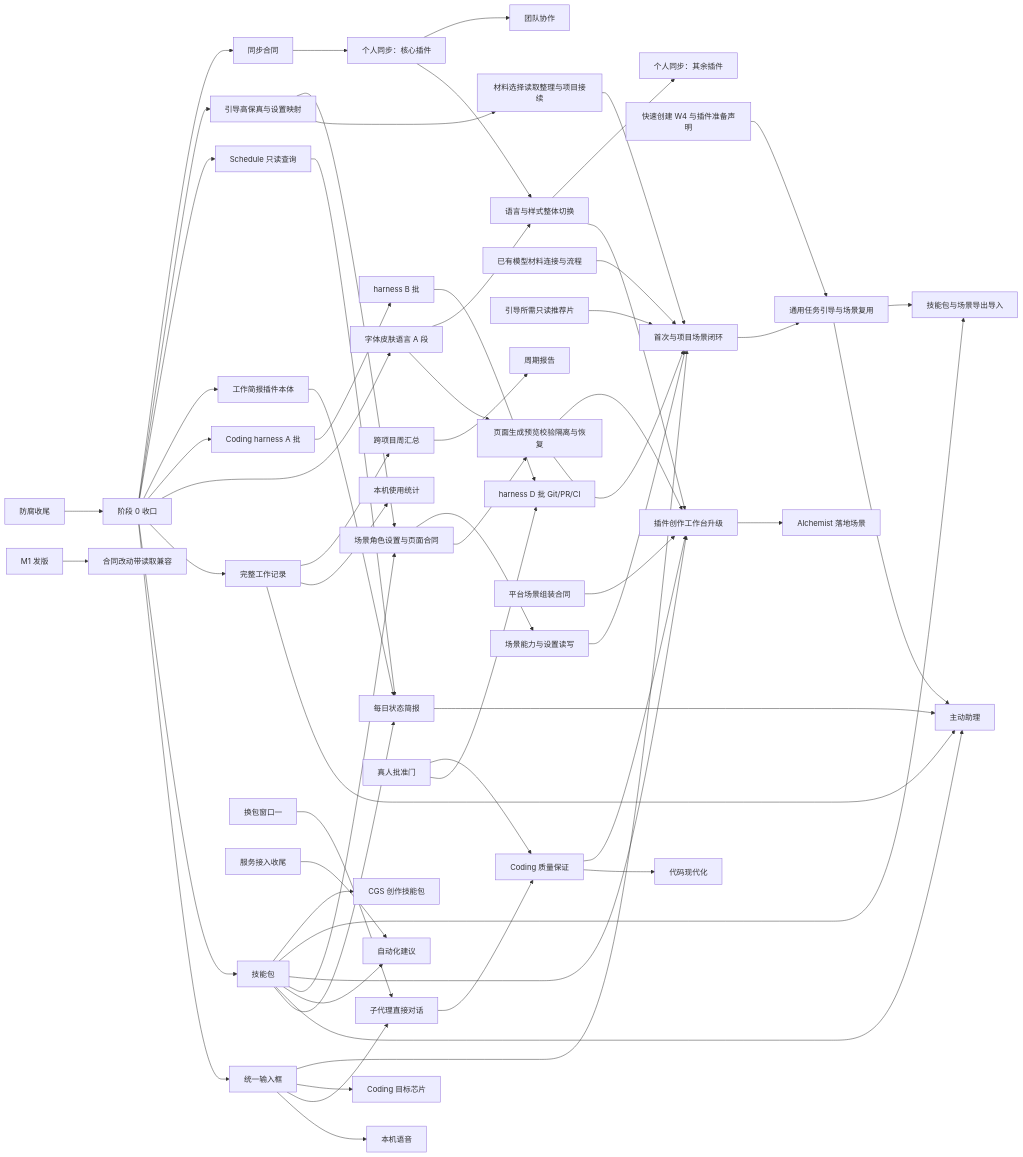
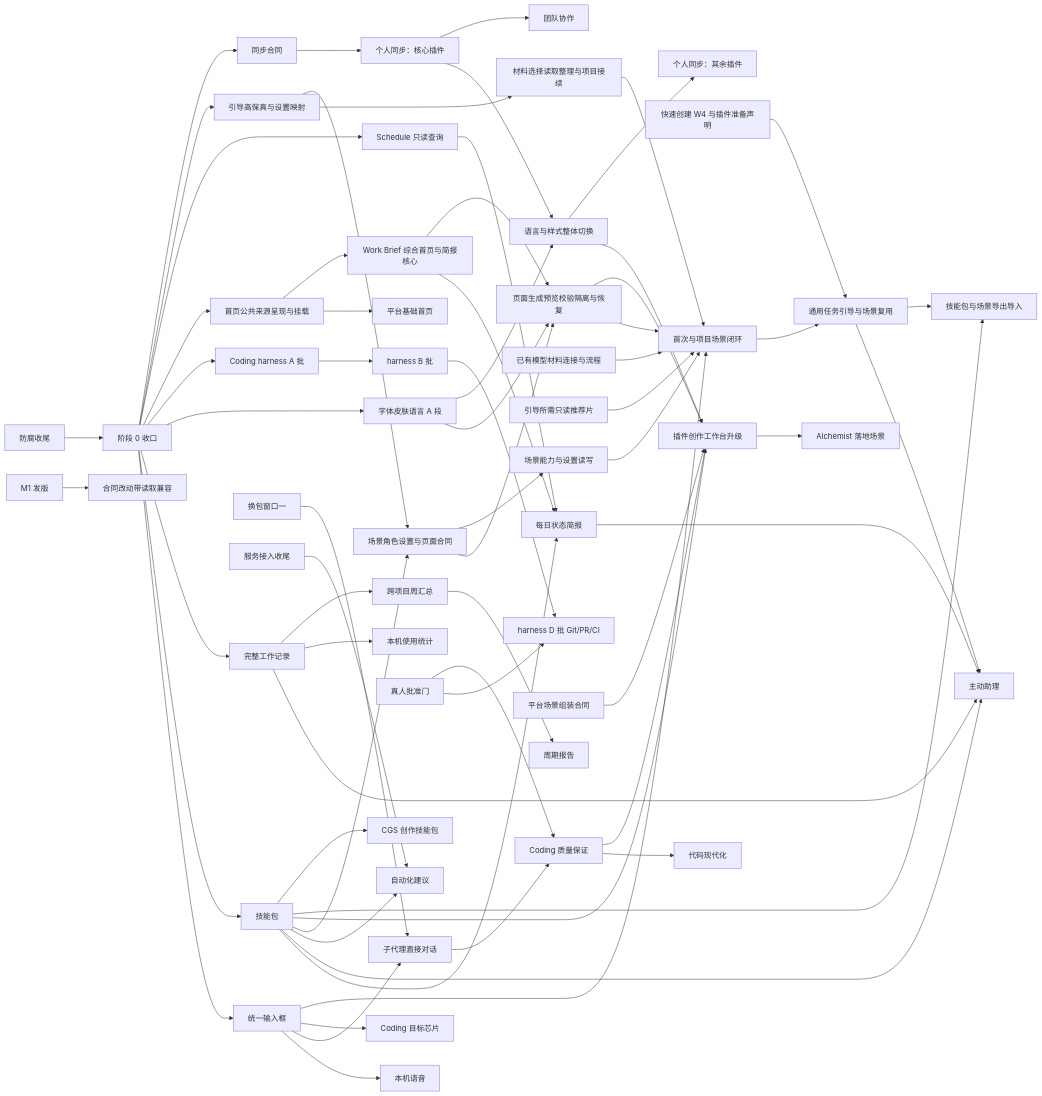
The diagram in specs/post-anticorruption-roadmap/spec.md (molis-ai/molis-work), drawn with Mermaid before and after one commit. The commit also changed other lines of this file and 7 other files, not shown here.

Commit message:
docs: integrate project home into Work Brief requirements

````diff
--- a/specs/post-anticorruption-roadmap/spec.md
+++ b/specs/post-anticorruption-roadmap/spec.md
@@ -187,64 +187,67 @@
 ```mermaid
 flowchart LR
   AC[防腐收尾] --> S0[阶段 0 收口]
   S0 --> IN[统一输入框]
   S0 --> SP[技能包]
   S0 --> WR[完整工作记录]
   S0 --> FA[字体皮肤语言 A 段]
   S0 --> HA[Coding harness A 批]
-  S0 --> WB[工作简报插件本体]
+  S0 --> HP[首页公共来源呈现与挂载]
+  HP --> BH[平台基础首页]
+  HP --> WB[Work Brief 综合首页与简报核心]
   S0 --> SQ[Schedule 只读查询]
   IN --> VO[本机语音]
   IN --> SUB[子代理直接对话]
   IN --> CHIP[Coding 目标芯片]
   SP --> DB[每日状态简报]
   WB --> DB
   SQ --> DB
   DB --> PA[主动助理]
   WR --> PA
   SP --> PA
   SP --> AR[自动化建议]
   S0 --> OD[引导高保真与设置映射]
   OD --> OI[材料选择读取整理与项目接续]
   OI --> ON
   OD --> OC[场景角色设置与页面合同]
   SP --> OC
   OC --> OG[页面生成预览校验隔离与恢复]
+  WB --> OG
   FA --> OG
   OC --> OS[场景能力与设置读写]
   OG --> ON[首次与项目场景闭环]
   OS --> ON
   IN --> ON
   BASE[已有模型材料连接与流程] --> ON
   REC[引导所需只读推荐片] --> ON
   ON --> OT[通用任务引导与场景复用]
   QC[快速创建 W4 与插件准备声明] --> OT
   OT --> PA
   OT --> SH
   HA --> HB[harness B 批]
   HB --> HD[harness D 批 Git/PR/CI]
   AP[真人批准门] --> HD
   AP --> QA[Coding 质量保证]
   SUB --> QA
   QA --> MOD[代码现代化]
   W1[换包窗口一] --> SUB
   FA --> FC[语言与样式整体切换]
   FC --> PB[插件创作工作台升级]
   PC[平台场景组装合同] --> PB
   PB --> AL[Alchemist 落地场景]
   QA --> PB
   SP --> PB
   OG --> PB
   ASC[服务接入收尾] --> AR
   WR --> ST[本机使用统计]
   WR --> XP[跨项目周汇总]
   XP --> PR[周期报告]
   S0 --> SC[同步合同]
   SC --> SY[个人同步：核心插件]
   SY --> FC
   FC --> SY2[个人同步：其余插件]
   SY --> TEAM[团队协作]
   SP --> SH[技能包与场景导出导入]
   SP --> CGS[CGS 创作技能包]
   M1[M1 发版] --> COMPAT[合同改动带读取兼容]
 ```
````
